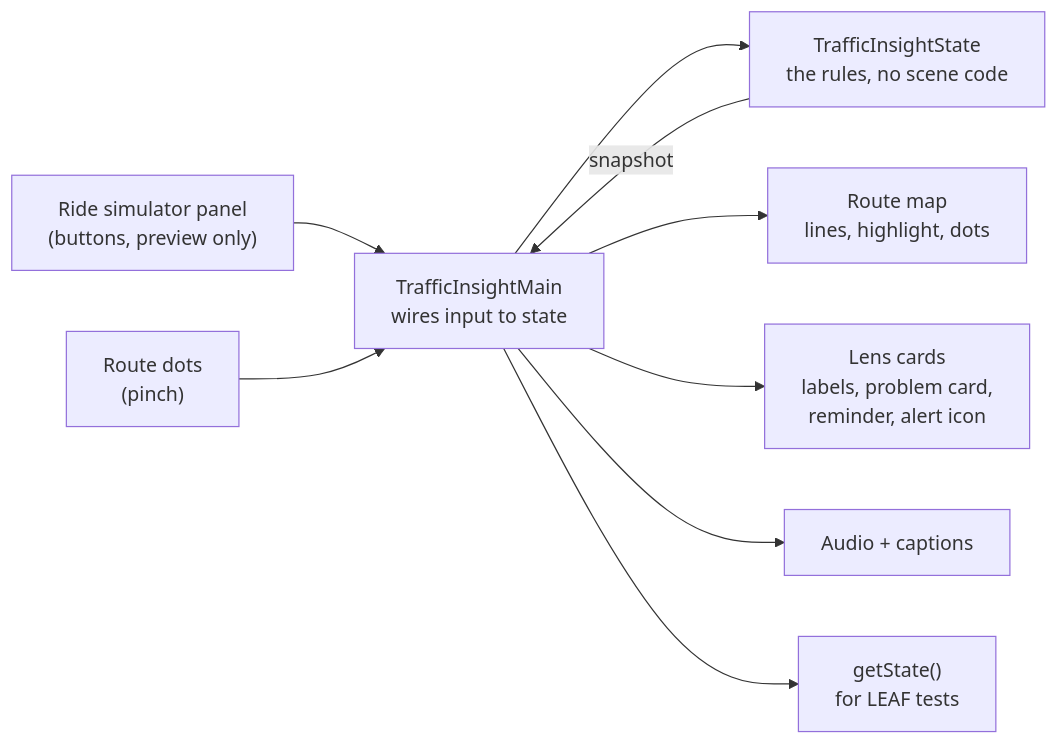
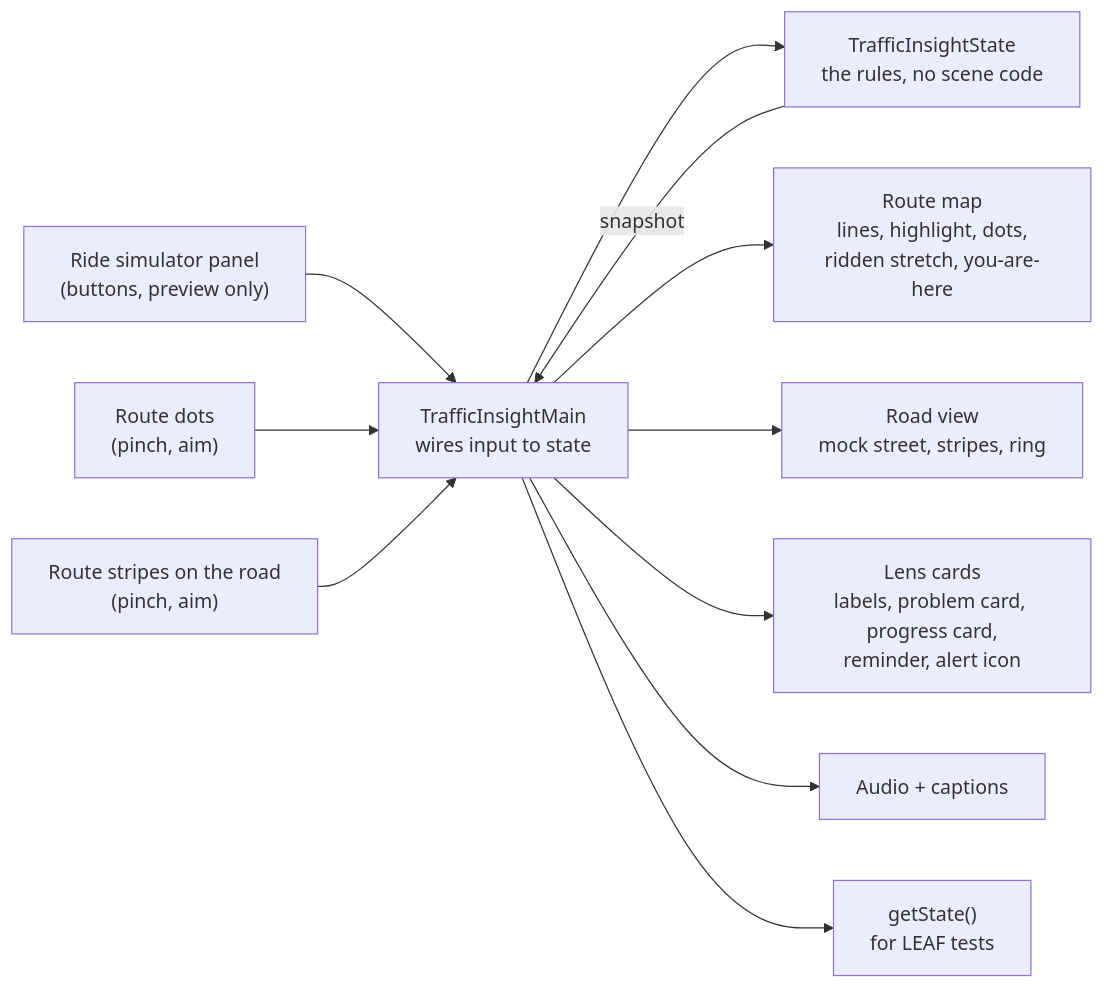
One commit to ridhofrd/SPECS-AR-TrafficInsight changed the third of 3 diagrams in README.md. Above: the diagram before and after it, drawn with Mermaid. The commit also changed other lines of this file and 3 other files, not shown here.

First line of the commit message:
docs: describe the progress marks and road view in the README

````diff
--- a/README.md
+++ b/README.md
@@ -163,11 +174,13 @@
 ```mermaid
 flowchart LR
     SIM["Ride simulator panel\n(buttons, preview only)"] --> MAIN
-    DOTS["Route dots\n(pinch)"] --> MAIN
+    DOTS["Route dots\n(pinch, aim)"] --> MAIN
+    LINES["Route stripes on the road\n(pinch, aim)"] --> MAIN
     MAIN["TrafficInsightMain\nwires input to state"] --> STATE["TrafficInsightState\nthe rules, no scene code"]
     STATE -->|snapshot| MAIN
-    MAIN --> MAP["Route map\nlines, highlight, dots"]
-    MAIN --> CARDS["Lens cards\nlabels, problem card,\nreminder, alert icon"]
+    MAIN --> MAP["Route map\nlines, highlight, dots,\nridden stretch, you-are-here"]
+    MAIN --> ROAD["Road view\nmock street, stripes, ring"]
+    MAIN --> CARDS["Lens cards\nlabels, problem card, progress card,\nreminder, alert icon"]
     MAIN --> AUDIO["Audio + captions"]
     MAIN --> LEAF["getState()\nfor LEAF tests"]
 ```
````
